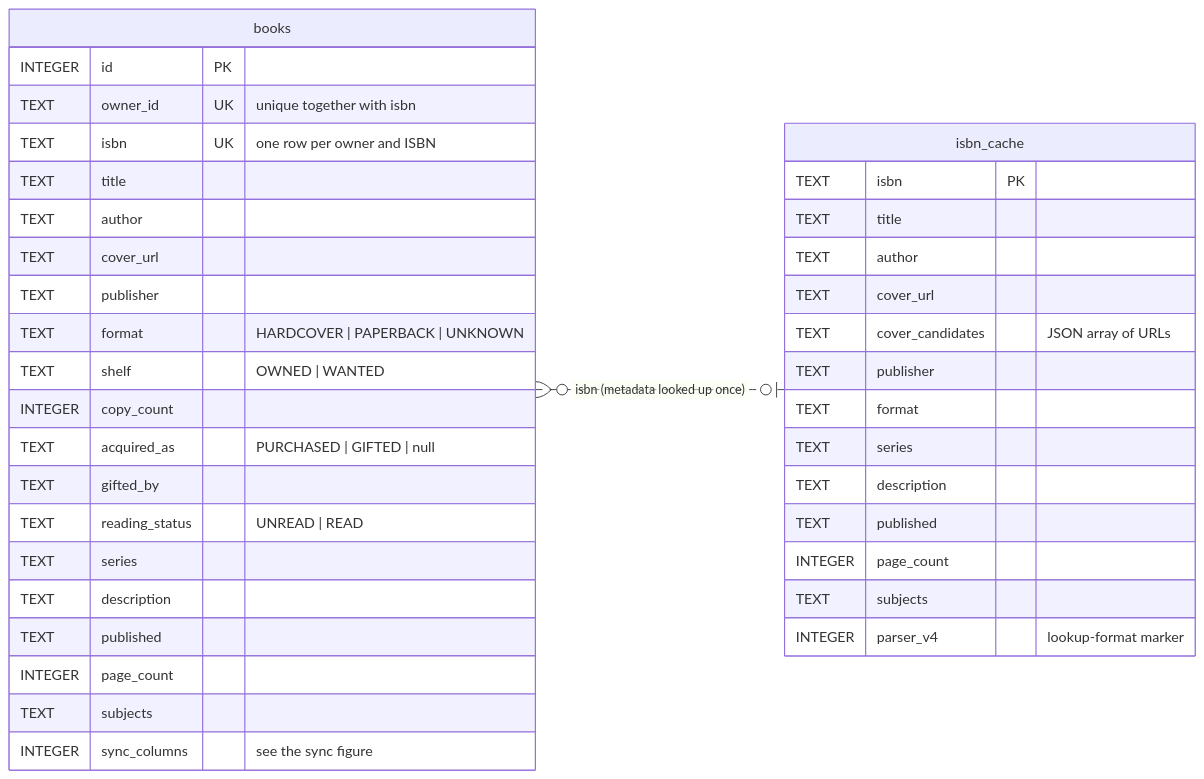
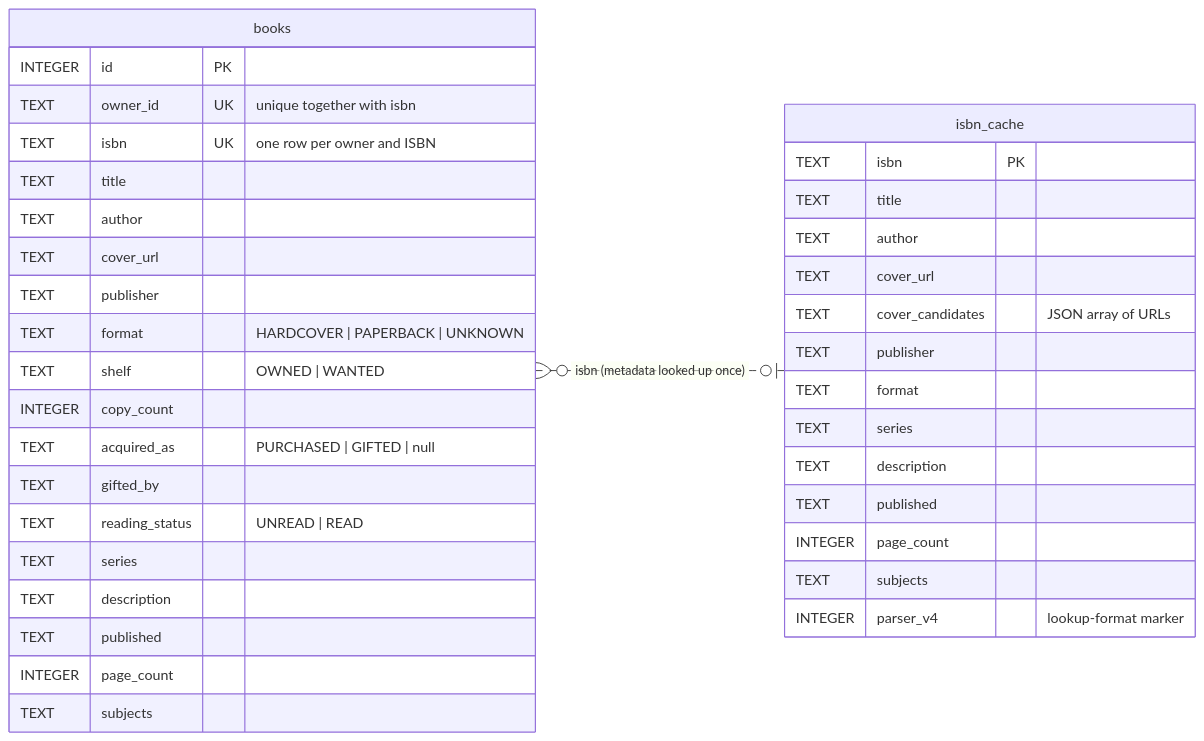
Before and after one commit to ghechavarria/cen5064-project-hechavarria: the diagram in docs/design/diagrams/data-model.mmd, drawn with Mermaid. The commit also changed 4 other files, not shown here.

First line of the commit message:
Design document: nothing overflows, headings stay with their diagrams, no split sentences

```diff
--- a/docs/design/diagrams/data-model.mmd
+++ b/docs/design/diagrams/data-model.mmd
@@ -1,39 +1,38 @@
 erDiagram
     direction LR
     books {
         INTEGER id PK
         TEXT owner_id UK "unique together with isbn"
         TEXT isbn UK "one row per owner and ISBN"
         TEXT title
         TEXT author
         TEXT cover_url
         TEXT publisher
         TEXT format "HARDCOVER | PAPERBACK | UNKNOWN"
         TEXT shelf "OWNED | WANTED"
         INTEGER copy_count
         TEXT acquired_as "PURCHASED | GIFTED | null"
         TEXT gifted_by
         TEXT reading_status "UNREAD | READ"
         TEXT series
         TEXT description
         TEXT published
         INTEGER page_count
         TEXT subjects
-        INTEGER sync_columns "see the sync figure"
     }
     isbn_cache {
         TEXT isbn PK
         TEXT title
         TEXT author
         TEXT cover_url
         TEXT cover_candidates "JSON array of URLs"
         TEXT publisher
         TEXT format
         TEXT series
         TEXT description
         TEXT published
         INTEGER page_count
         TEXT subjects
         INTEGER parser_v4 "lookup-format marker"
     }
     books }o..o| isbn_cache : "isbn (metadata looked up once)"
```
